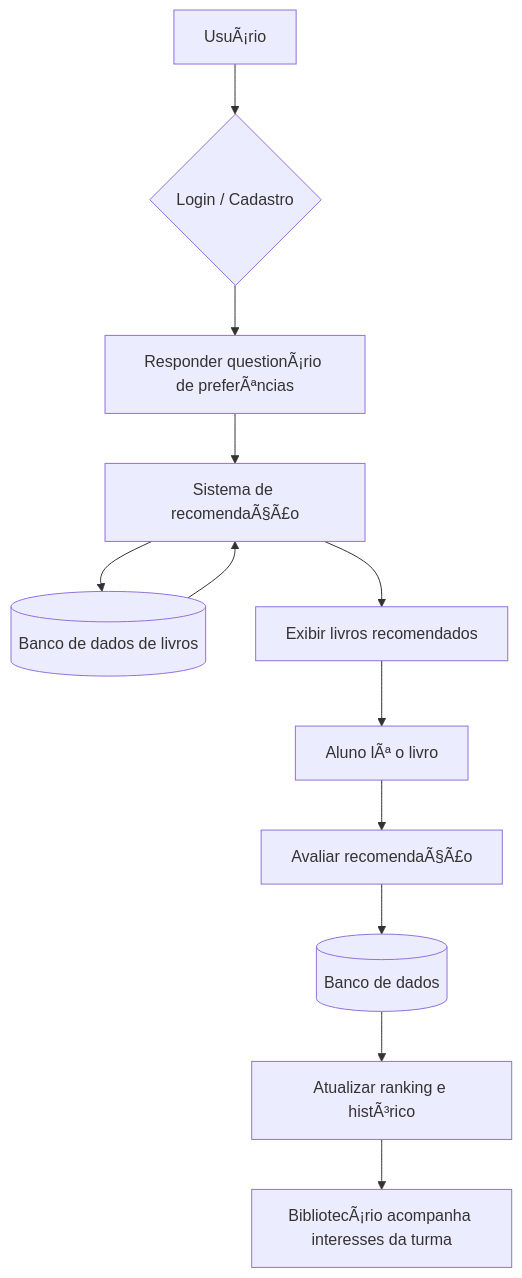
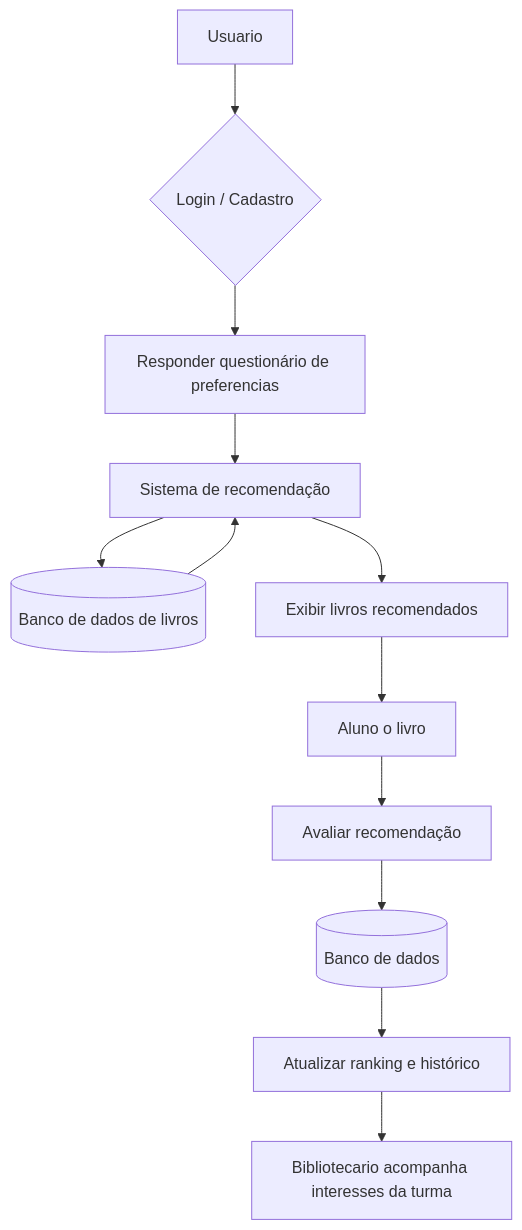
One commit to emylleribeiro68-debug/PROJETOINTEGRADOR_II_etapa1 changed the first of 3 diagrams in docs/arquitetura.md. Above: the diagram before and after it, drawn with Mermaid. The commit also changed other lines of this file, not shown here.

````diff
--- a/docs/arquitetura.md
+++ b/docs/arquitetura.md
@@ -5,14 +5,14 @@
 ```mermaid
 flowchart TD
-    A[UsuÃ¡rio] --> B{Login / Cadastro}
-    B --> C[Responder questionÃ¡rio de preferÃªncias]
-    C --> D[Sistema de recomendaÃ§Ã£o]
+    A[Usuario] --> B{Login / Cadastro}
+    B --> C[Responder questionário de preferencias]
+    C --> D[Sistema de recomendação]
     D --> E[(Banco de dados de livros)]
     E --> D
     D --> F[Exibir livros recomendados]
-    F --> G[Aluno lÃª o livro]
-    G --> H[Avaliar recomendaÃ§Ã£o]
+    F --> G[Aluno o livro]
+    G --> H[Avaliar recomendação]
     H --> I[(Banco de dados)]
-    I --> J[Atualizar ranking e histÃ³rico]
-    J --> K[BibliotecÃ¡rio acompanha interesses da turma]
+    I --> J[Atualizar ranking e histórico]
+    J --> K[Bibliotecario acompanha interesses da turma]
 ```
````
